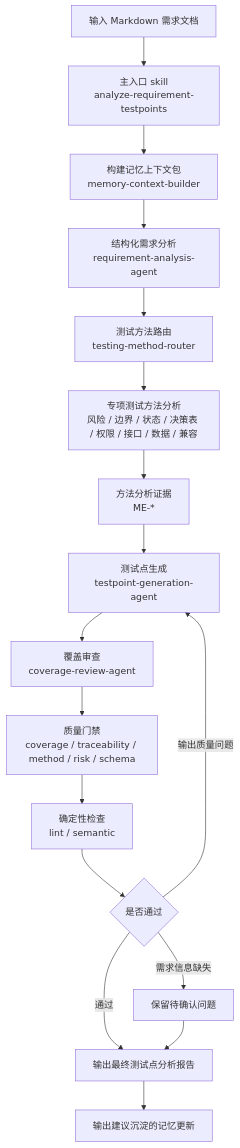
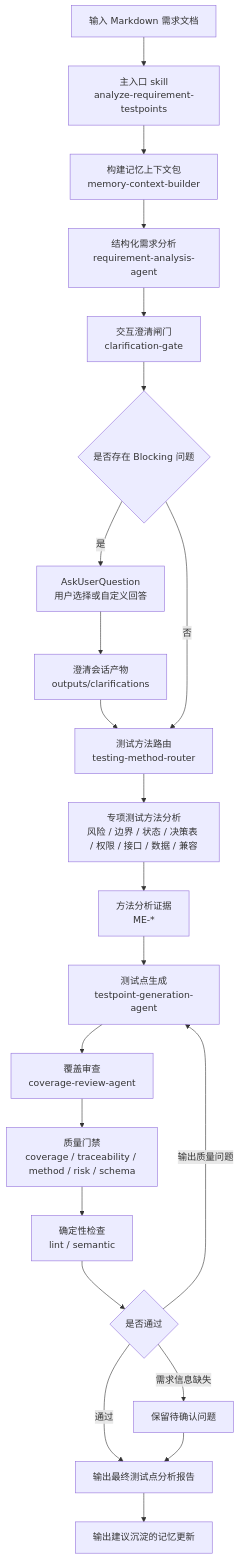
Before and after one commit to szluoqy-byte/Test-Analysis-Agent: the third of 8 diagrams in docs/test-analysis-agent-design.md, drawn with Mermaid. The commit also changed other lines of this file and 19 other files, not shown here.

````diff
--- a/docs/test-analysis-agent-design.md
+++ b/docs/test-analysis-agent-design.md
@@ -168,19 +172,24 @@
 ```mermaid
 flowchart TD
   A["输入 Markdown 需求文档"] --> B["主入口 skill\nanalyze-requirement-testpoints"]
   B --> C["构建记忆上下文包\nmemory-context-builder"]
   C --> D["结构化需求分析\nrequirement-analysis-agent"]
-  D --> E["测试方法路由\ntesting-method-router"]
+  D --> CL["交互澄清闸门\nclarification-gate"]
+  CL --> Ask{"是否存在 Blocking 问题"}
+  Ask -- "是" --> AUQ["AskUserQuestion\n用户选择或自定义回答"]
+  AUQ --> CS["澄清会话产物\noutputs/clarifications"]
+  CS --> E["测试方法路由\ntesting-method-router"]
+  Ask -- "否" --> E
   E --> F["专项测试方法分析\n风险 / 边界 / 状态 / 决策表 / 权限 / 接口 / 数据 / 兼容"]
   F --> EV["方法分析证据\nME-*"]
   EV --> G["测试点生成\ntestpoint-generation-agent"]
   G --> H["覆盖审查\ncoverage-review-agent"]
   H --> I["质量门禁\ncoverage / traceability / method / risk / schema"]
   I --> J["确定性检查\nlint / semantic"]
   J --> K{"是否通过"}
   K -- "通过" --> L["输出最终测试点分析报告"]
   K -- "输出质量问题" --> G
   K -- "需求信息缺失" --> M["保留待确认问题"]
   M --> L
   L --> N["输出建议沉淀的记忆更新"]
 ```
````
